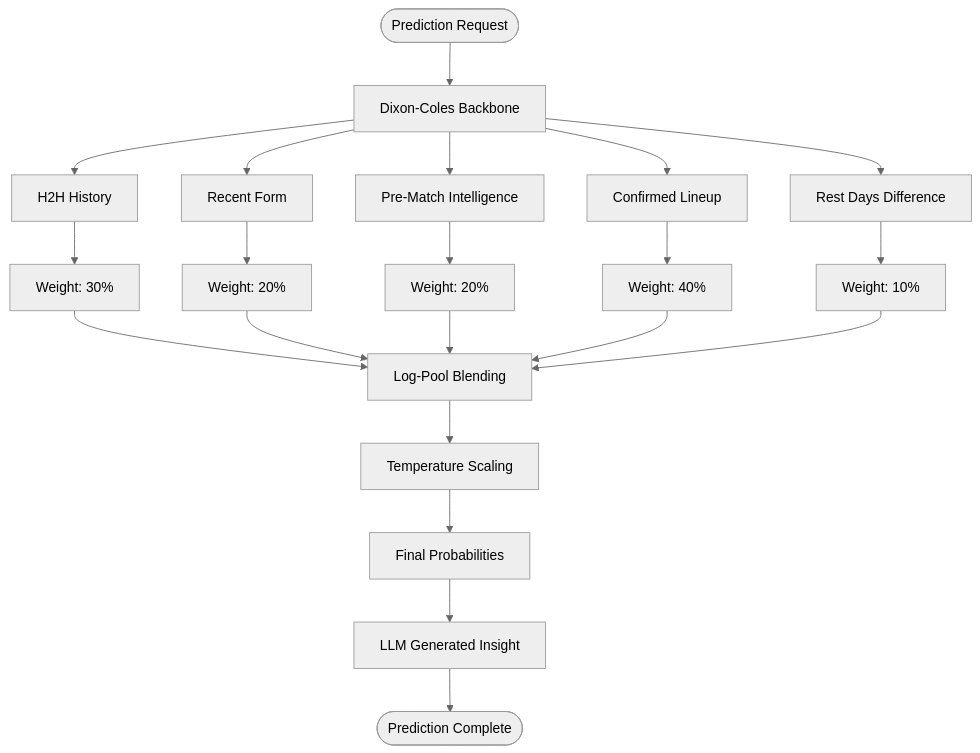
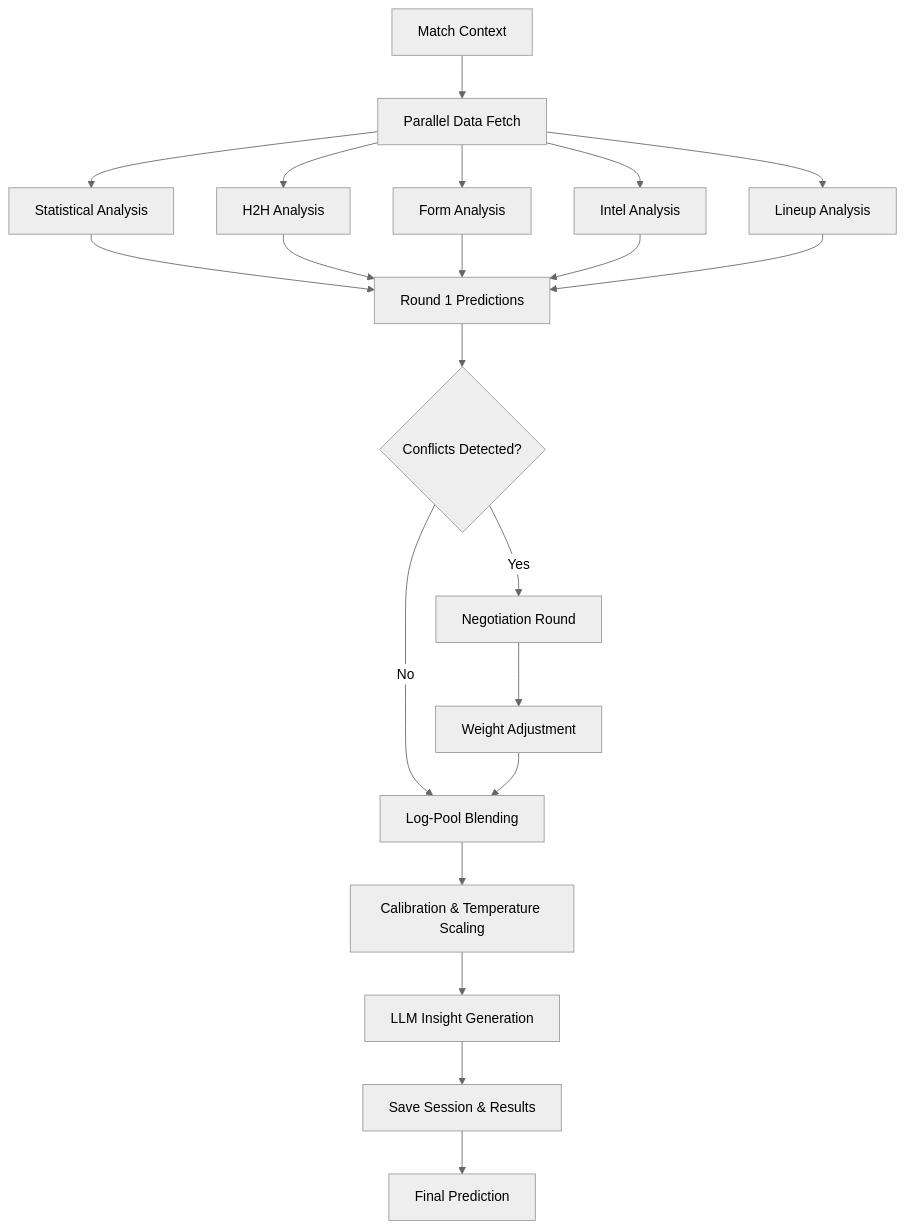
Before and after one commit to cheesiong/WC26-qwen: the seventh of 8 diagrams in .qoder/repowiki/en/content/Project Overview/Project Overview.md, drawn with Mermaid (neutral theme). The commit also changed other lines of this file and 181 other files, not shown here.

````diff
--- a/.qoder/repowiki/en/content/Project Overview/Project Overview.md
+++ b/.qoder/repowiki/en/content/Project Overview/Project Overview.md
@@ -236,23 +411,23 @@
 ```mermaid
 flowchart TD
-Start([Prediction Request]) --> Backbone[Dixon-Coles Backbone]
-Backbone --> Signal1[H2H History]
-Backbone --> Signal2[Recent Form]
-Backbone --> Signal3[Pre-Match Intelligence]
-Backbone --> Signal4[Confirmed Lineup]
-Backbone --> Signal5[Rest Days Difference]
-Signal1 --> Weight1[Weight: 30%]
-Signal2 --> Weight2[Weight: 20%]
-Signal3 --> Weight3[Weight: 20%]
-Signal4 --> Weight4[Weight: 40%]
-Signal5 --> Weight5[Weight: 10%]
-Weight1 --> Blend[Log-Pool Blending]
-Weight2 --> Blend
-Weight3 --> Blend
-Weight4 --> Blend
-Weight5 --> Blend
-Blend --> Calibration[Temperature Scaling]
-Calibration --> Output[Final Probabilities]
-Output --> Insight[LLM Generated Insight]
-Insight --> End([Prediction Complete])
+INPUT[Match Context] --> PREFETCH[Parallel Data Fetch]
+PREFETCH --> STAT[Statistical Analysis]
+PREFETCH --> H2H[H2H Analysis]
+PREFETCH --> FORM[Form Analysis]
+PREFETCH --> INTEL[Intel Analysis]
+PREFETCH --> LINEUP[Lineup Analysis]
+STAT --> ROUND1[Round 1 Predictions]
+H2H --> ROUND1
+FORM --> ROUND1
+INTEL --> ROUND1
+LINEUP --> ROUND1
+ROUND1 --> CONFLICT{Conflicts Detected?}
+CONFLICT --> |No| BLEND[Log-Pool Blending]
+CONFLICT --> |Yes| NEGOTIATION[Negotiation Round]
+NEGOTIATION --> WEIGHT[Weight Adjustment]
+WEIGHT --> BLEND
+BLEND --> CALIBRATE[Calibration & Temperature Scaling]
+CALIBRATE --> INSIGHT[LLM Insight Generation]
+INSIGHT --> SAVE[Save Session & Results]
+SAVE --> OUTPUT[Final Prediction]
 ```
````
